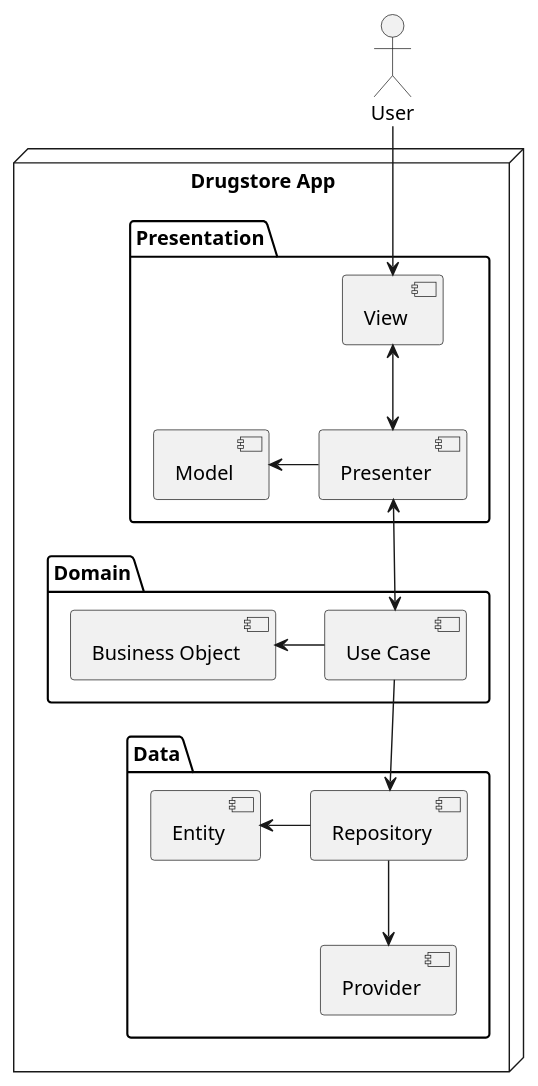
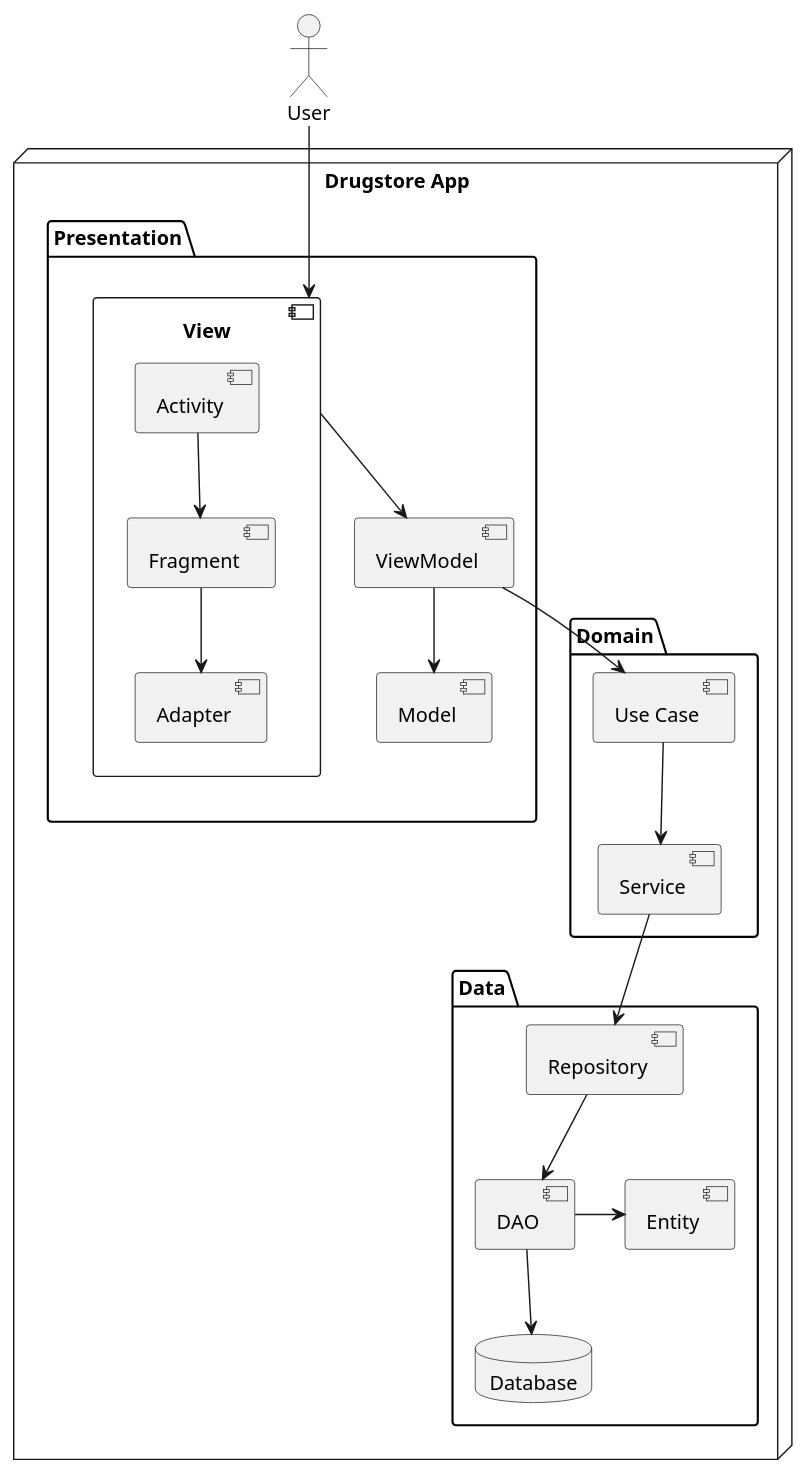
The diagram in docs/building-blocks/building-blocks-2.plantuml (lucahost/drugstore), drawn with PlantUML before and after one commit. The commit also changed 3 other files, not shown here.

```diff
--- a/docs/building-blocks/building-blocks-2.plantuml
+++ b/docs/building-blocks/building-blocks-2.plantuml
@@ -1,34 +1,41 @@
 @startuml class-diagram
-skinparam monochrome true
 
 actor "User" as user
 
 node "Drugstore App" {
     package Presentation {
-      component View
-      component Presenter
+      component View {
+        component Activity
+        component Fragment
+        component Adapter
+      }
+      component ViewModel
       component Model
-      View <-down-> Presenter
-      Presenter -left-> Model
+      Activity -down-> Fragment
+      Fragment  -down-> Adapter
+      View  -down-> ViewModel
+      ViewModel -down-> Model
     }
 
     package Domain {
       component "Use Case" as uc
-      component "Business Object" as bo
-      uc -left-> bo
+      component Service
+      uc -down-> Service
     }
 
     package Data {
       component Repository
-      component Provider
       component Entity
-      Repository -left-> Entity
-      Repository -down-> Provider
+      component DAO
+      database Database
+      Repository --> DAO
+      DAO -down-> Database
+      DAO -right-> Entity
     }
 }
 
 user -down-> View
-Presenter <-down-> uc
-uc -down-> Repository
+ViewModel -down-> uc
+Service -down-> Repository
 
 @enduml
```
